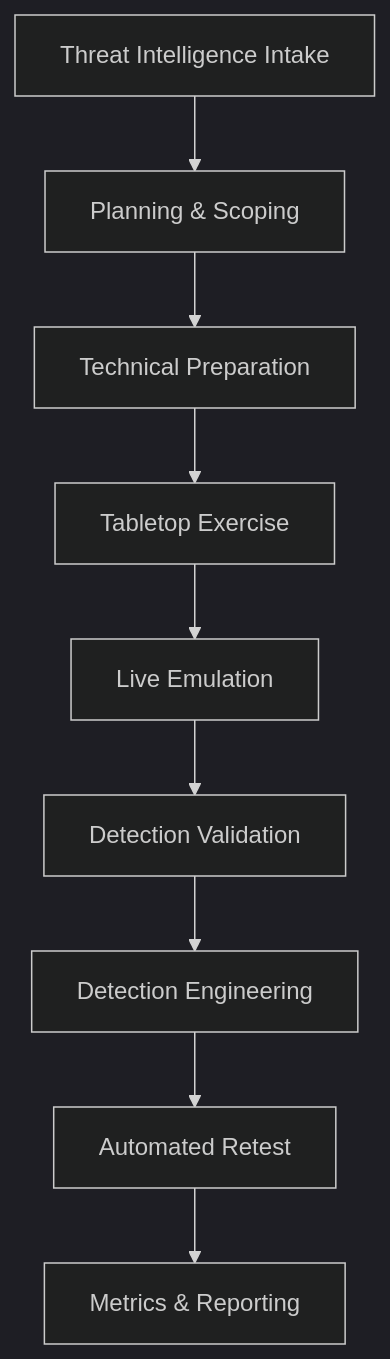
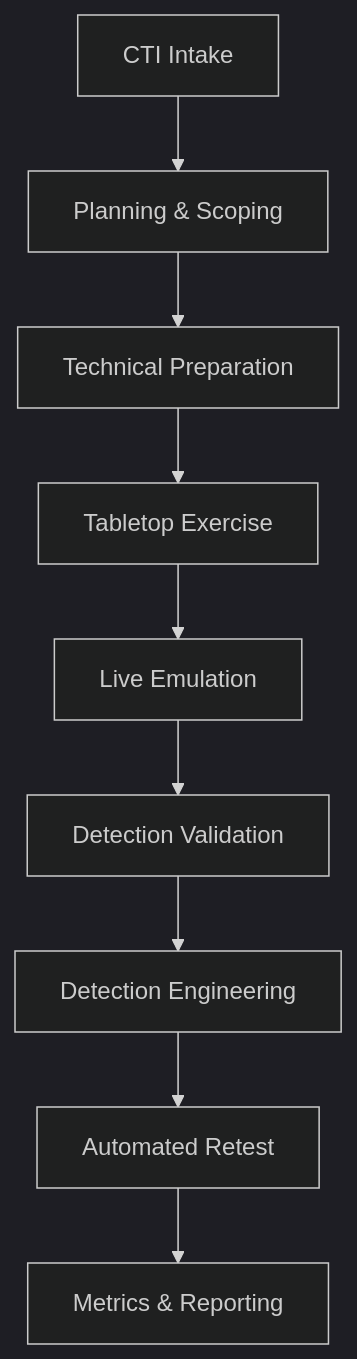
One commit to babywyrm/sysadmin changed the sixth of 8 diagrams in modeling/redblue/readme.md. Above: the diagram before and after it, drawn with Mermaid (dark theme). The commit also changed other lines of this file, not shown here.

````diff
--- a/modeling/redblue/readme.md
+++ b/modeling/redblue/readme.md
@@ -145,11 +264,11 @@
 ```mermaid
 flowchart TD
-    A[Threat Intelligence Intake] --> B[Planning & Scoping]
+    A[CTI Intake] --> B[Planning & Scoping]
     B --> C[Technical Preparation]
     C --> D[Tabletop Exercise]
     D --> E[Live Emulation]
     E --> F[Detection Validation]
     F --> G[Detection Engineering]
     G --> H[Automated Retest]
     H --> I[Metrics & Reporting]
 ```
````
